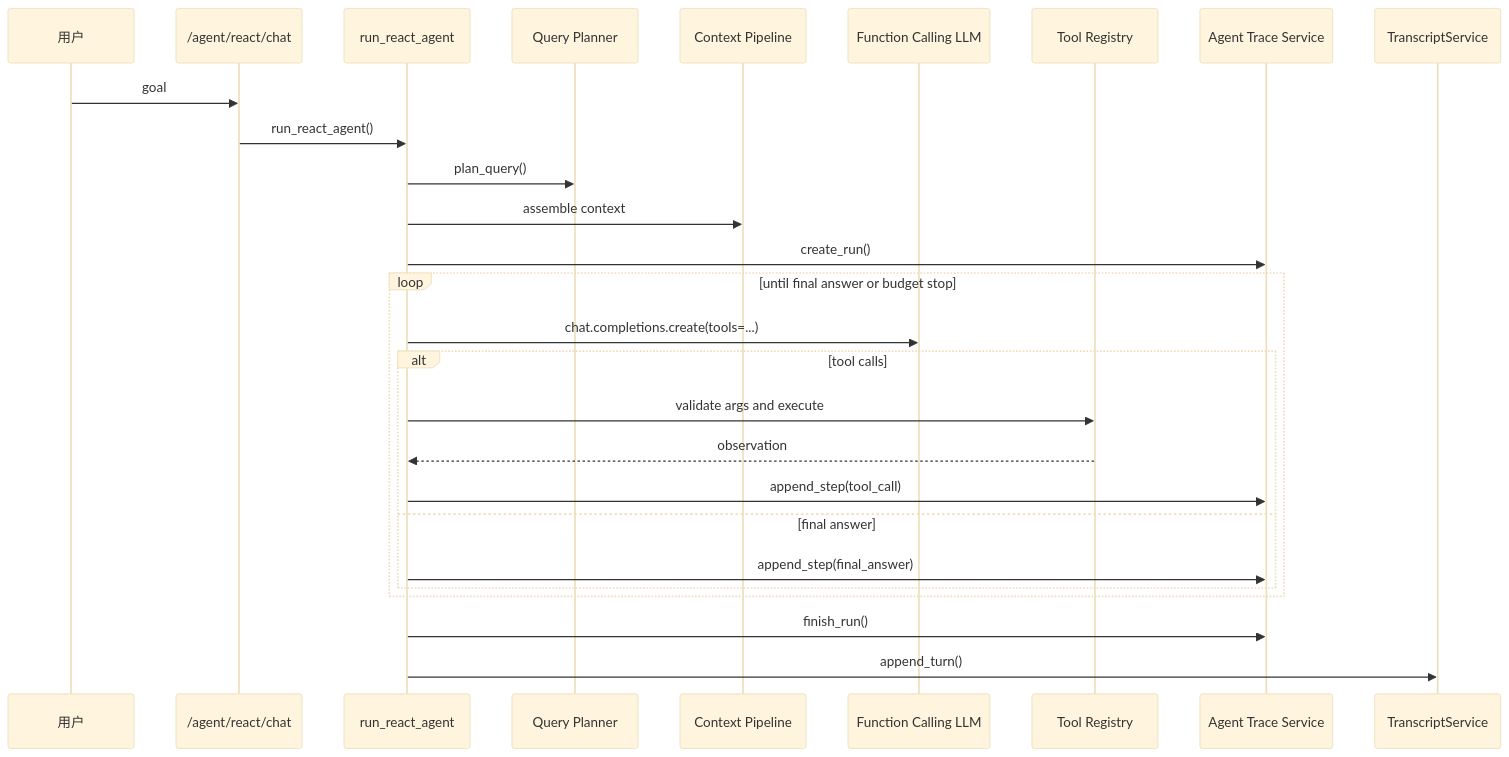
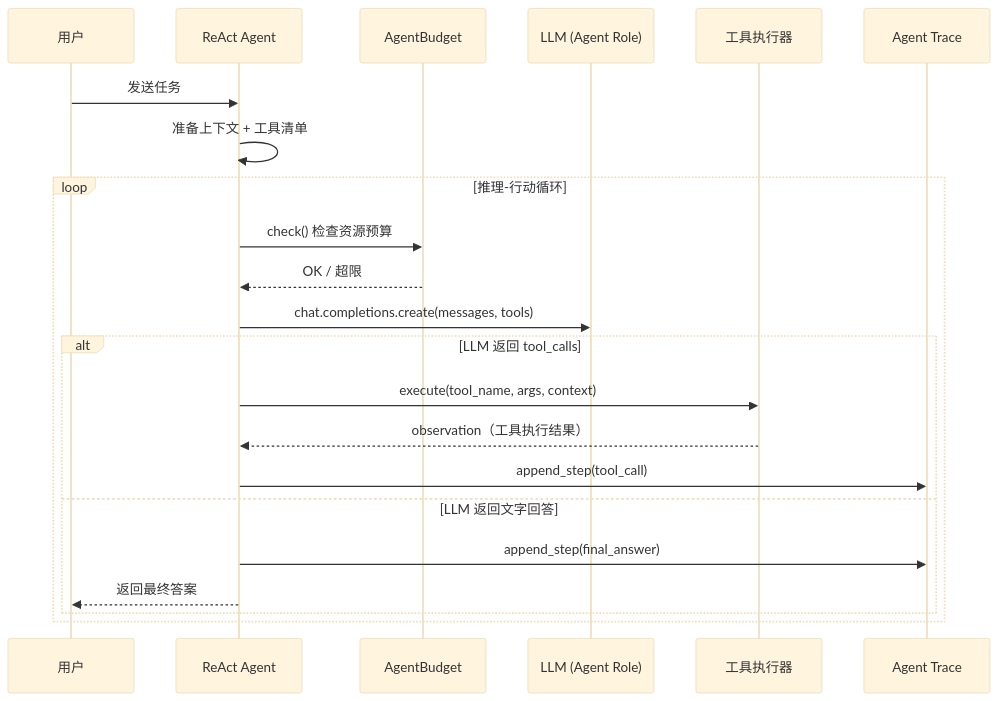
One commit to studyzhige-ui/Interview_Copilot changed the fourth of 10 diagrams in docs/PROJECT_DOCUMENTATION.md. Above: the diagram before and after it, drawn with Mermaid (base theme). The commit also changed other lines of this file and 111 other files, not shown here.

````diff
--- a/docs/PROJECT_DOCUMENTATION.md
+++ b/docs/PROJECT_DOCUMENTATION.md
@@ -597,30 +736,25 @@
 ```mermaid
 sequenceDiagram
     participant User as 用户
-    participant API as /agent/react/chat
-    participant React as run_react_agent
-    participant Planner as Query Planner
-    participant Context as Context Pipeline
-    participant LLM as Function Calling LLM
-    participant Tools as Tool Registry
-    participant Trace as Agent Trace Service
-    participant Transcript as TranscriptService
+    participant Agent as ReAct Agent
+    participant Budget as AgentBudget
+    participant LLM as LLM (Agent Role)
+    participant Tool as 工具执行器
+    participant Trace as Agent Trace
 
-    User->>API: goal
-    API->>React: run_react_agent()
-    React->>Planner: plan_query()
-    React->>Context: assemble context
-    React->>Trace: create_run()
-    loop until final answer or budget stop
-        React->>LLM: chat.completions.create(tools=...)
-        alt tool calls
-            React->>Tools: validate args and execute
-            Tools-->>React: observation
-            React->>Trace: append_step(tool_call)
-        else final answer
-            React->>Trace: append_step(final_answer)
+    User->>Agent: 发送任务
+    Agent->>Agent: 准备上下文 + 工具清单
+    loop 推理-行动循环
+        Agent->>Budget: check() 检查资源预算
+        Budget-->>Agent: OK / 超限
+        Agent->>LLM: chat.completions.create(messages, tools)
+        alt LLM 返回 tool_calls
+            Agent->>Tool: execute(tool_name, args, context)
+            Tool-->>Agent: observation（工具执行结果）
+            Agent->>Trace: append_step(tool_call)
+        else LLM 返回文字回答
+            Agent->>Trace: append_step(final_answer)
+            Agent-->>User: 返回最终答案
         end
     end
-    React->>Trace: finish_run()
-    React->>Transcript: append_turn()
 ```
````
